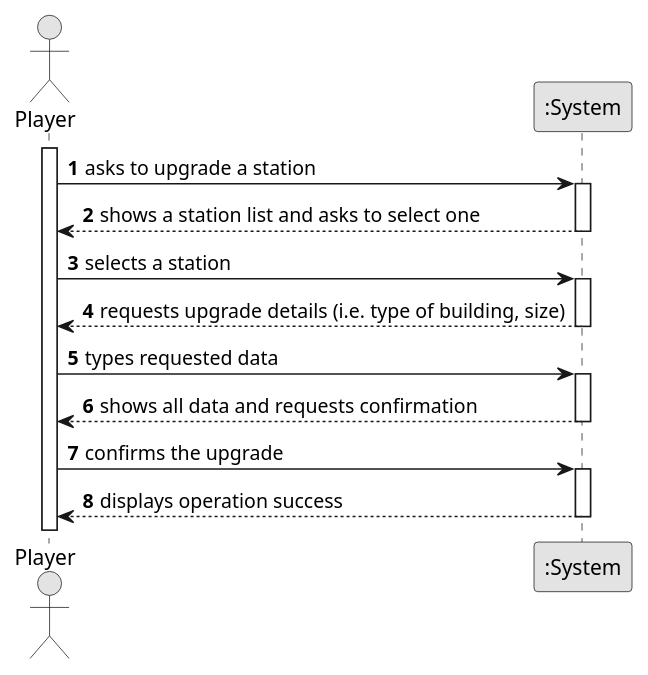
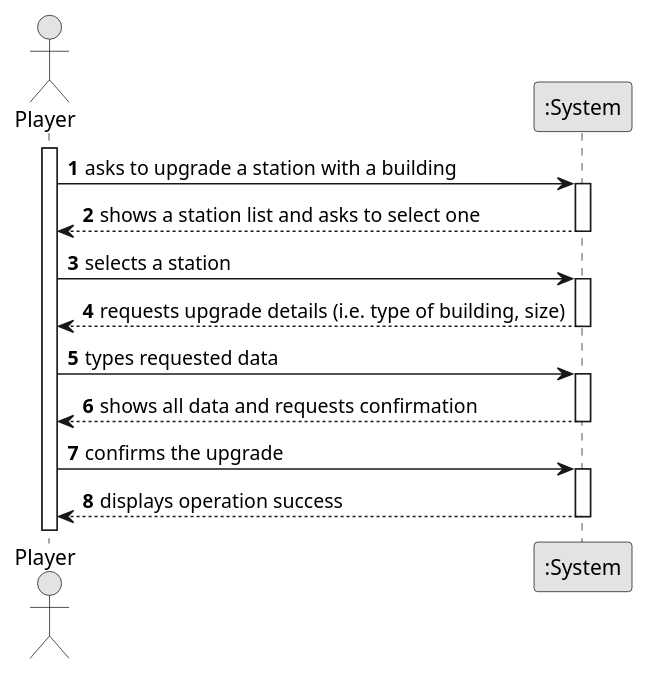
One commit to bruno-monteiro5/sem2-pi-24.25-g132-repo changed the diagram in docs/system-documentation/US006/01.requirements-engineering/puml/US006-SSD.puml. Above: the diagram before and after it, drawn with PlantUML. The commit also changed 3 other files, not shown here.

```diff
--- a/docs/system-documentation/US006/01.requirements-engineering/puml/US006-SSD.puml
+++ b/docs/system-documentation/US006/01.requirements-engineering/puml/US006-SSD.puml
@@ -1,36 +1,36 @@
 @startuml
 skinparam monochrome true
 skinparam packageStyle rectangle
 skinparam shadowing false
 
 autonumber
 
 actor "Player" as Employee
 participant ":System" as System
 
 activate Employee
 
-    Employee -> System : asks to upgrade a station
+    Employee -> System : asks to upgrade a station with a building
     activate System
 
         System --> Employee : shows a station list and asks to select one
     deactivate System
 
     Employee -> System : selects a station
     activate System
 
         System --> Employee : requests upgrade details (i.e. type of building, size)
     deactivate System
 
     Employee -> System : types requested data
     activate System
 
         System --> Employee : shows all data and requests confirmation
     deactivate System
 
     Employee -> System : confirms the upgrade
     activate System
 
         System --> Employee : displays operation success
     deactivate System
 @enduml
```
